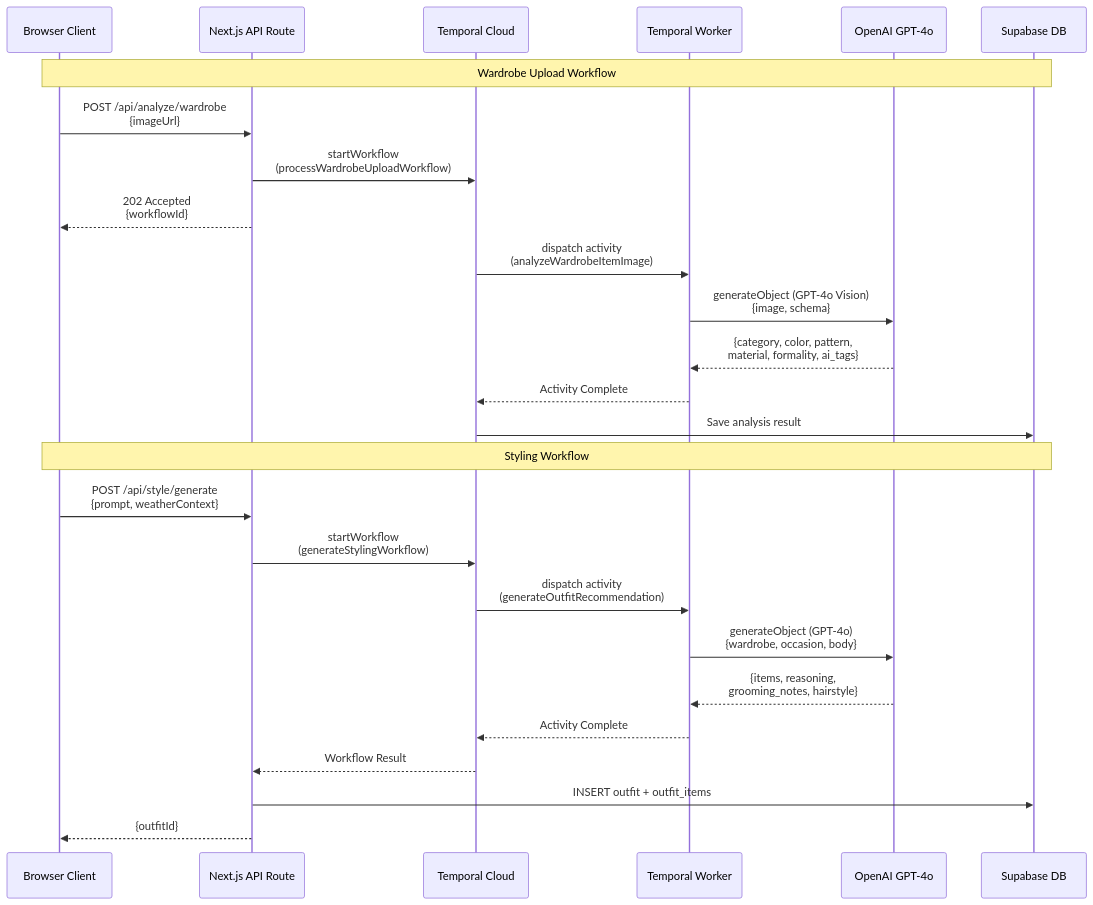
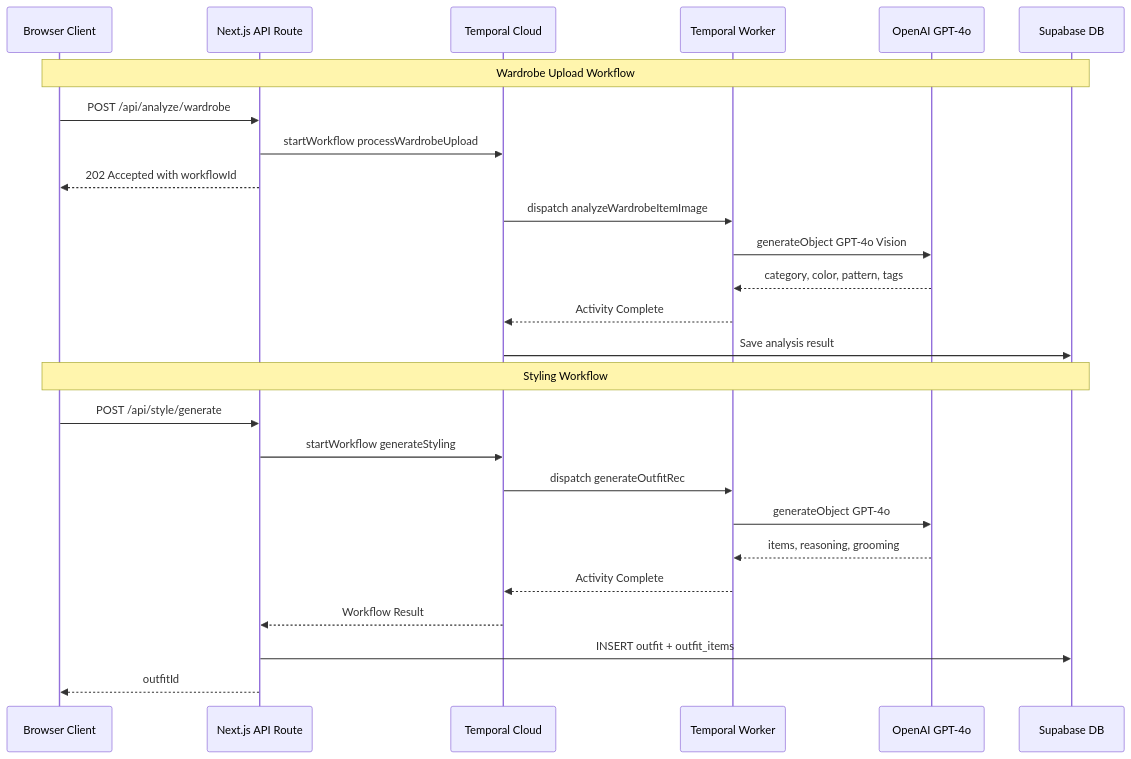
Before and after one commit to ompurwar/grooming-os: the tenth of 12 diagrams in docs/ARCHITECTURE.md, drawn with Mermaid. The commit also changed other lines of this file and 8 other files, not shown here.

Commit message:
fix: resolve Mermaid parse errors in architecture diagrams

````diff
--- a/docs/ARCHITECTURE.md
+++ b/docs/ARCHITECTURE.md
@@ -456,30 +457,30 @@
 ```mermaid
 sequenceDiagram
     participant Client as Browser Client
     participant API as Next.js API Route
     participant TC as Temporal Cloud
     participant Worker as Temporal Worker
-    participant OpenAI as OpenAI GPT-4o
+    participant OAI as OpenAI GPT-4o
     participant DB as Supabase DB
 
     Note over Client,DB: Wardrobe Upload Workflow
-    Client->>API: POST /api/analyze/wardrobe<br/>{imageUrl}
-    API->>TC: startWorkflow<br/>(processWardrobeUploadWorkflow)
-    API-->>Client: 202 Accepted<br/>{workflowId}
-    TC->>Worker: dispatch activity<br/>(analyzeWardrobeItemImage)
-    Worker->>OpenAI: generateObject (GPT-4o Vision)<br/>{image, schema}
-    OpenAI-->>Worker: {category, color, pattern,<br/>material, formality, ai_tags}
+    Client->>API: POST /api/analyze/wardrobe
+    API->>TC: startWorkflow processWardrobeUpload
+    API-->>Client: 202 Accepted with workflowId
+    TC->>Worker: dispatch analyzeWardrobeItemImage
+    Worker->>OAI: generateObject GPT-4o Vision
+    OAI-->>Worker: category, color, pattern, tags
     Worker-->>TC: Activity Complete
     TC->>DB: Save analysis result
 
     Note over Client,DB: Styling Workflow
-    Client->>API: POST /api/style/generate<br/>{prompt, weatherContext}
-    API->>TC: startWorkflow<br/>(generateStylingWorkflow)
-    TC->>Worker: dispatch activity<br/>(generateOutfitRecommendation)
-    Worker->>OpenAI: generateObject (GPT-4o)<br/>{wardrobe, occasion, body}
-    OpenAI-->>Worker: {items, reasoning,<br/>grooming_notes, hairstyle}
+    Client->>API: POST /api/style/generate
+    API->>TC: startWorkflow generateStyling
+    TC->>Worker: dispatch generateOutfitRec
+    Worker->>OAI: generateObject GPT-4o
+    OAI-->>Worker: items, reasoning, grooming
     Worker-->>TC: Activity Complete
     TC-->>API: Workflow Result
     API->>DB: INSERT outfit + outfit_items
-    API-->>Client: {outfitId}
+    API-->>Client: outfitId
 ```
````
